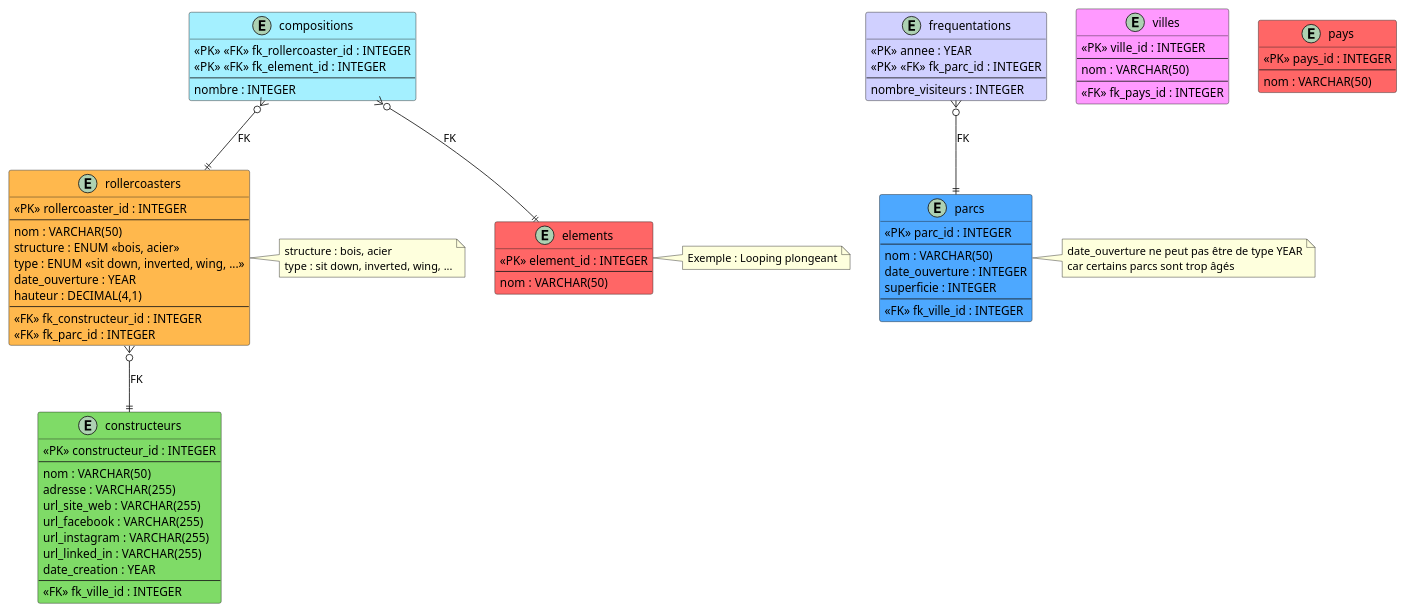
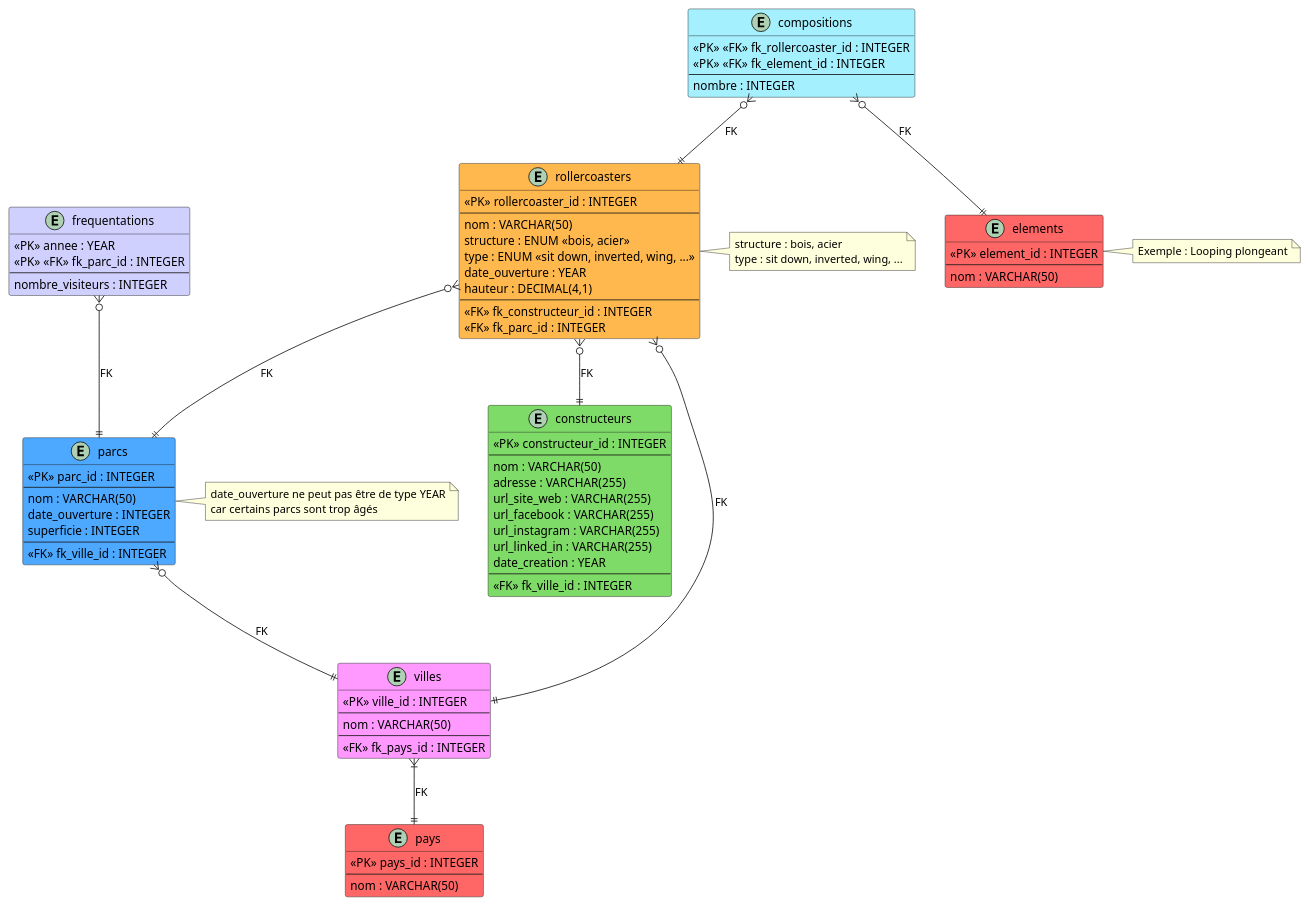
The diagram in Schéma ERD eurocoasters (A COMPLETER).puml (victorgms3/uml), drawn with PlantUML before and after one commit. The commit also changed 2 other files, not shown here.

Commit message:
Update UML diagrams and SQL schema to complete entity relationships and add foreign key constraints

```diff
--- a/Schéma ERD eurocoasters (A COMPLETER).puml
+++ b/Schéma ERD eurocoasters (A COMPLETER).puml
@@ -1,120 +1,123 @@
 @startuml
 
 ' Personnalisation des stéréotypes PK et FK :
 skinparam class {
     StereotypeFontColor<<PK>> Black
     StereotypeFontColor<<FK>> Black
     StereotypeBackgroundColor<<PK>> YellowGreen
     StereotypeBackgroundColor<<FK>> LightSkyBlue
     SterotypeBorderColor<<PK>> Black
     SterotypeBorderColor<<FK>> Black
 }
 
 ' ---------------------------------
 ' Définition des entités (tables) :
 ' ---------------------------------
 
 entity rollercoasters #FFB84D {
     <<PK>> rollercoaster_id : INTEGER
     --
     nom : VARCHAR(50)
     structure : ENUM <<bois, acier>>
     type : ENUM <<sit down, inverted, wing, ...>>
     date_ouverture : YEAR
     hauteur : DECIMAL(4,1)
     --
     <<FK>> fk_constructeur_id : INTEGER
     <<FK>> fk_parc_id : INTEGER
 }
 
 entity constructeurs #7FDB67 {
     <<PK>> constructeur_id : INTEGER
     --
     nom : VARCHAR(50)
     adresse : VARCHAR(255)
     url_site_web : VARCHAR(255)
     url_facebook : VARCHAR(255)
     url_instagram : VARCHAR(255)
     url_linked_in : VARCHAR(255)
     date_creation : YEAR
     --
     <<FK>> fk_ville_id : INTEGER
 }
 
 entity parcs #4DA8FF {
     <<PK>> parc_id : INTEGER
     --
     nom : VARCHAR(50)    
     date_ouverture : INTEGER
     superficie : INTEGER
     --
     <<FK>> fk_ville_id : INTEGER
 }
 
 entity villes #FF99FF {
     <<PK>> ville_id : INTEGER
     --
     nom : VARCHAR(50)
     --
     <<FK>> fk_pays_id : INTEGER
 }
 
 entity pays #FF6666 {
     <<PK>> pays_id : INTEGER
     --
     nom : VARCHAR(50)
 }
 
 entity compositions #A4F0FF {
     <<PK>> <<FK>> fk_rollercoaster_id : INTEGER
     <<PK>> <<FK>> fk_element_id : INTEGER
     --
     nombre : INTEGER
 }
 
 entity elements #FF6666 {
     <<PK>> element_id : INTEGER
     --
     nom : VARCHAR(50)
 }
 
 entity frequentations #D0D0FF {
     <<PK>> annee : YEAR
     <<PK>> <<FK>> fk_parc_id : INTEGER
     --
     nombre_visiteurs : INTEGER
 }
 
 
 ' --------------------------------------------
 ' Définition des relations entre les entités :
 ' --------------------------------------------
 
-rollercoasters }o--|| constructeurs : "FK"
 
 ' COMPLETER ICI LES 4 RELATIONS MANQUANTES
-
+rollercoasters }o--|| constructeurs : "FK"
+rollercoasters }o--|| parcs : "FK"
+rollercoasters }o--|| villes : "FK"
 compositions }o--|| rollercoasters : "FK"
 compositions }o--|| elements : "FK"
 frequentations }o--|| parcs : "FK"
+parcs }o--|| villes : "FK"
+villes }|--|| pays : "FK"
 
 
 ' ---------------------------------------------------------
 ' Annotations sur les types ou autres informations utiles :
 ' ---------------------------------------------------------
 
 note right of rollercoasters
     structure : bois, acier
     type : sit down, inverted, wing, ...
 end note
 
 note right of parcs
     date_ouverture ne peut pas être de type YEAR
     car certains parcs sont trop âgés
 end note
 
 note right of elements
     Exemple : Looping plongeant
 end note
 
 @enduml
```
